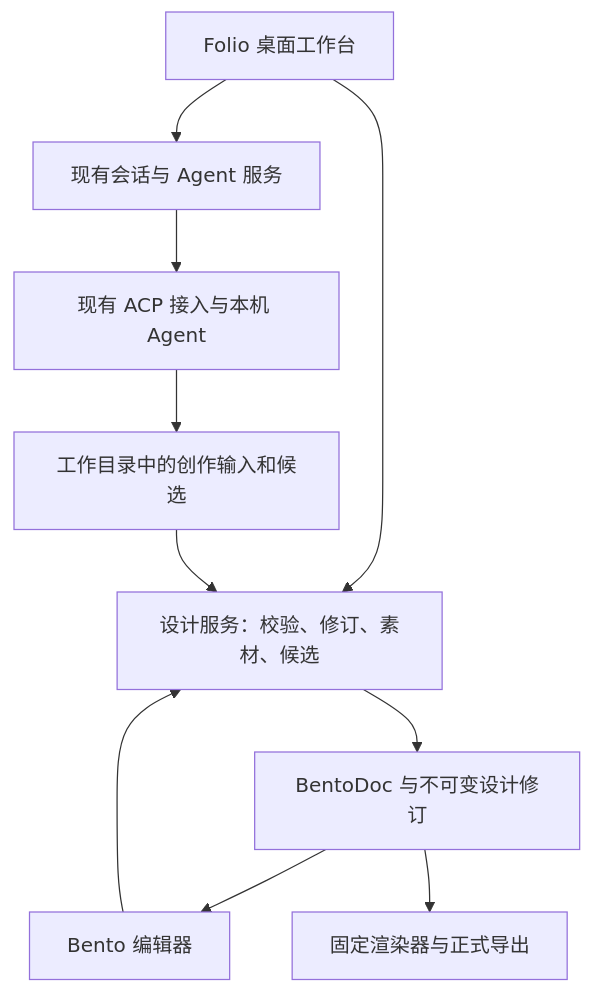
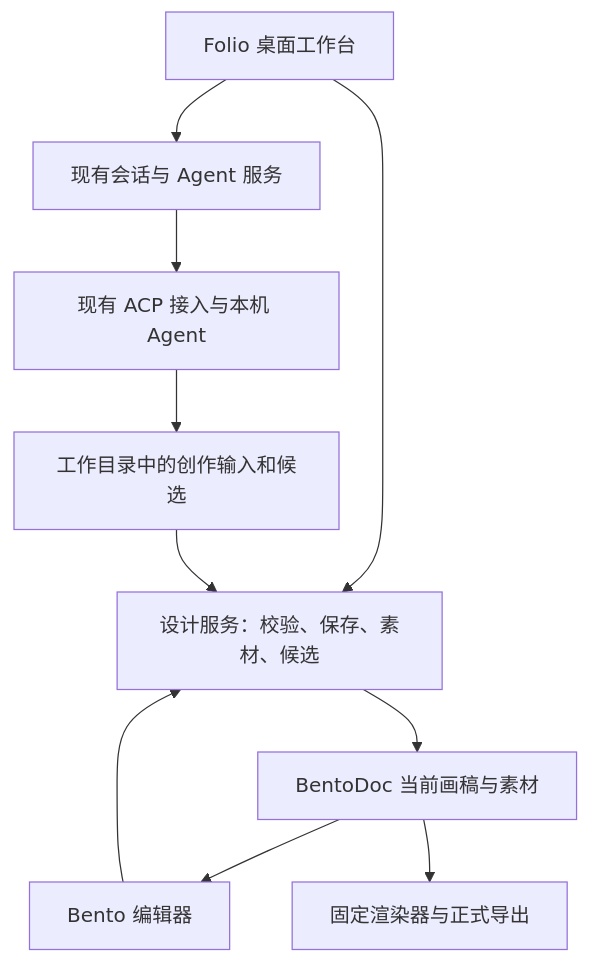
One commit to LeonEthan/Folio changed the diagram in .agents/notes/proposed/architecture/2026-09-09-graphic-design-platform.zh.md. Above: the diagram before and after it, drawn with Mermaid. The commit also changed other lines of this file and 130 other files, not shown here.

````diff
--- a/.agents/notes/proposed/architecture/2026-09-09-graphic-design-platform.zh.md
+++ b/.agents/notes/proposed/architecture/2026-09-09-graphic-design-platform.zh.md
@@ -84,12 +84,12 @@
 ```mermaid
 flowchart TD
   UI[Folio 桌面工作台] --> CHAT[现有会话与 Agent 服务]
-  UI --> DESIGN[设计服务：校验、修订、素材、候选]
+  UI --> DESIGN[设计服务：校验、保存、素材、候选]
   CHAT --> CLI[现有 ACP 接入与本机 Agent]
   CLI --> CANDIDATE[工作目录中的创作输入和候选]
   CANDIDATE --> DESIGN
-  DESIGN --> DOC[BentoDoc 与不可变设计修订]
+  DESIGN --> DOC[BentoDoc 当前画稿与素材]
   DOC --> EDITOR[Bento 编辑器]
   EDITOR --> DESIGN
   DOC --> RENDER[固定渲染器与正式导出]
 ```
````
